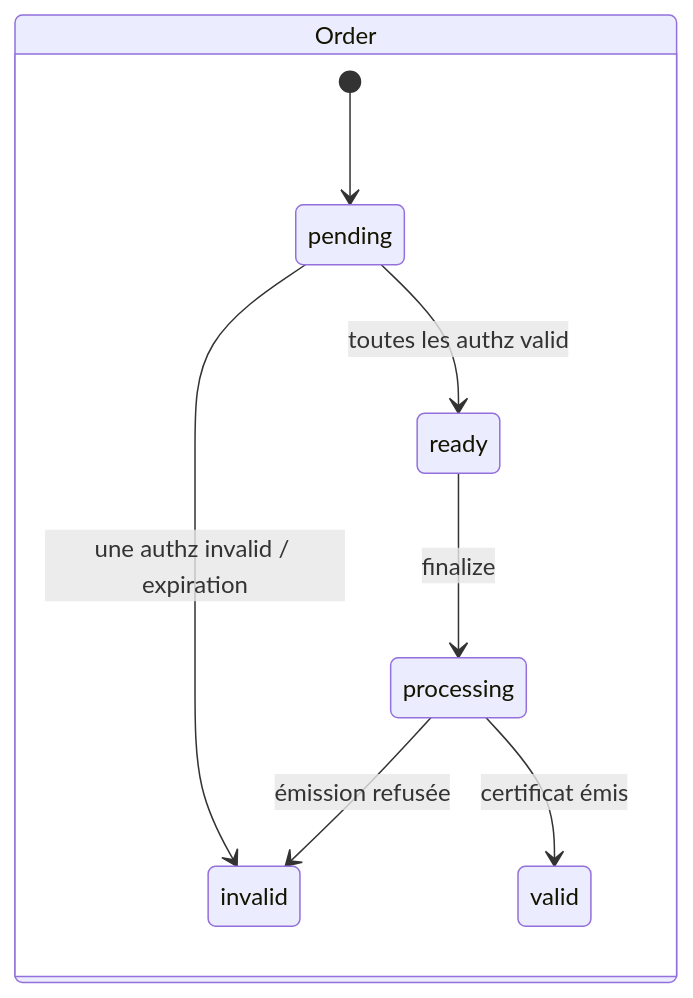
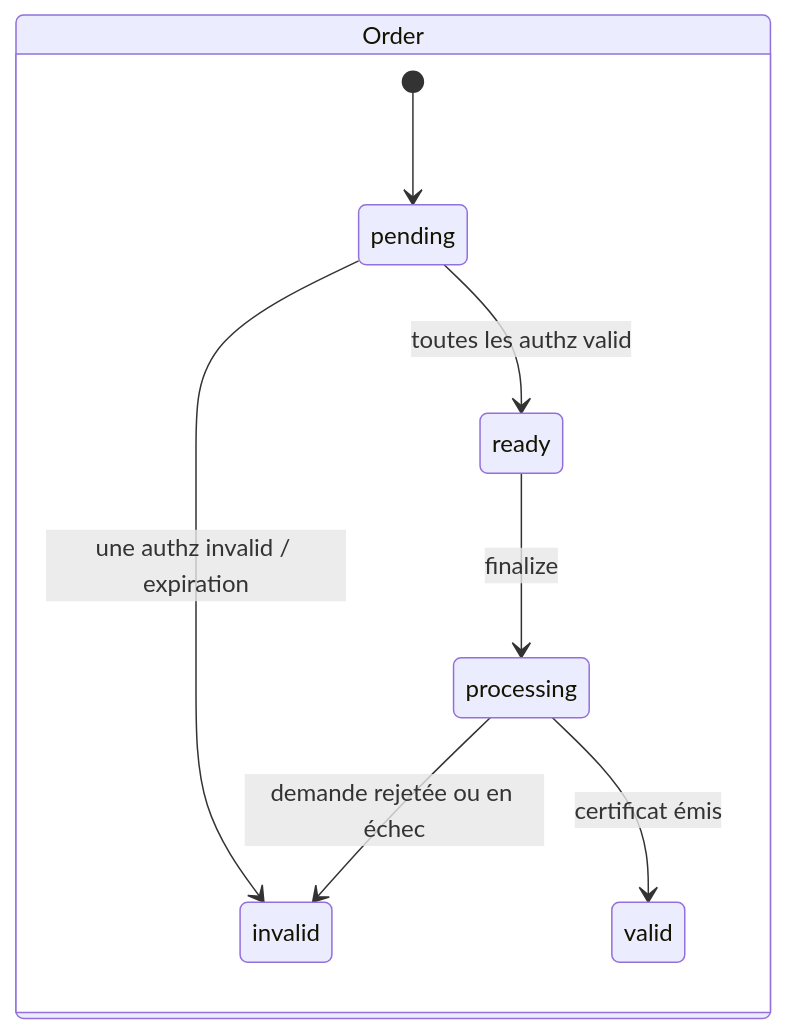
Before and after one commit to gilles67/h42-pki: the diagram in docs/protocols/acme.md, drawn with Mermaid. The commit also changed other lines of this file and 10 other files, not shown here.

````diff
--- a/docs/protocols/acme.md
+++ b/docs/protocols/acme.md
@@ -50,11 +62,11 @@
 ```mermaid
 stateDiagram-v2
     state Order {
         [*] --> pending
         pending --> ready: toutes les authz valid
         pending --> invalid: une authz invalid / expiration
         ready --> processing: finalize
         processing --> valid: certificat émis
-        processing --> invalid: émission refusée
+        processing --> invalid: demande rejetée ou en échec
     }
 ```
````
